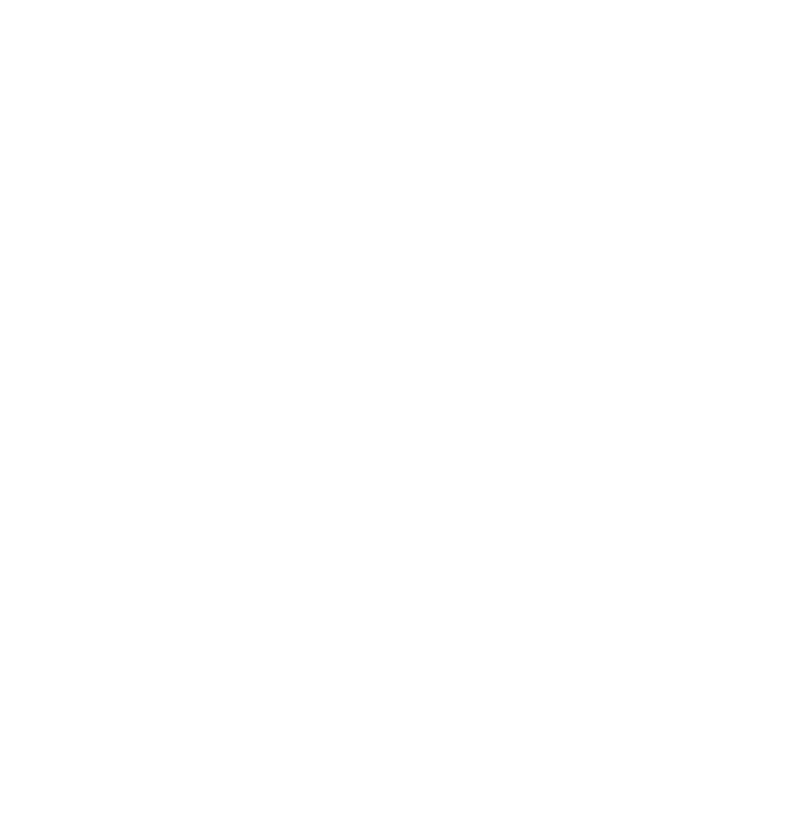
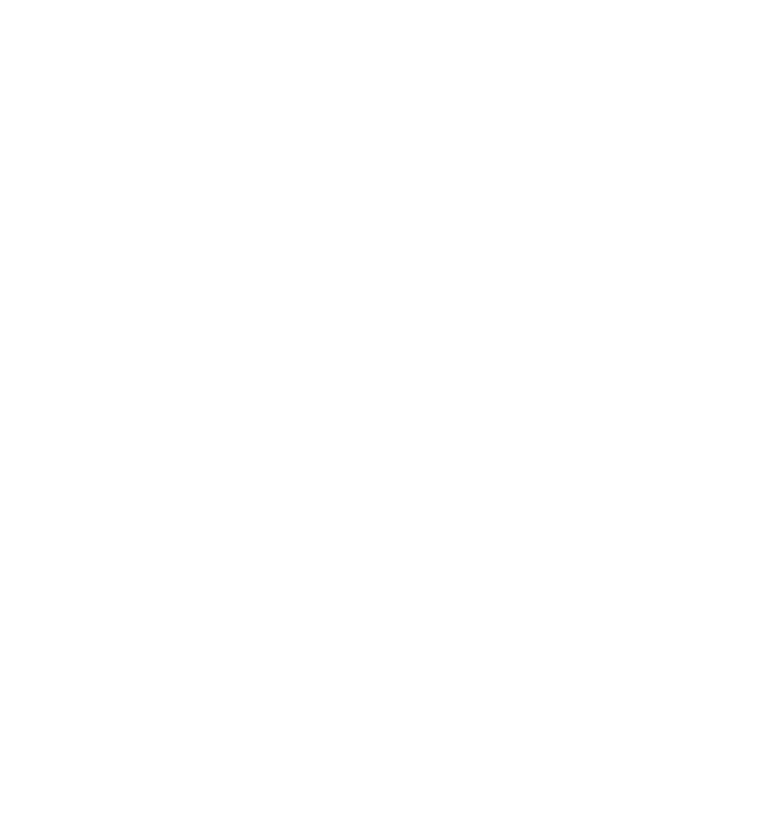
One commit to Qr1mln/PlusPlugin changed the diagram in docs/framework_protocol.md. Above: the diagram before and after it, drawn with Mermaid. The commit also changed other lines of this file, not shown here.

Commit message:
docs: 术语改用 base/platform

````diff
--- a/docs/framework_protocol.md
+++ b/docs/framework_protocol.md
@@ -52,18 +76,18 @@
 ```mermaid
 %%{init: {'look':'handDrawn','theme':'base','themeVariables':{'background':'transparent','lineColor':'#ffffff','textColor':'#ffffff','primaryTextColor':'#ffffff','signalColor':'#ffffff','signalTextColor':'#ffffff','actorTextColor':'#ffffff','actorLineColor':'#ffffff','actorBkg':'transparent','actorBorder':'#ffffff','labelBoxBkgColor':'transparent','labelBoxBorderColor':'#ffffff','labelTextColor':'#ffffff','noteBkgColor':'transparent','noteBorderColor':'#ffffff','noteTextColor':'#ffffff'}}}%%
 sequenceDiagram
-    participant V as version.dll (host)
-    participant F as framework.dll (guest)
+    participant V as version.dll (base)
+    participant F as framework.dll (platform)
 
-    V->>F: LoadLibrary + GetProcAddress("FrameworkEntry")
-    V->>F: FrameworkEntry({cmd:"init", dispatch, user, ini})
+    V->>F: LoadLibrary + GetProcAddress("PlatformEntry")
+    V->>F: PlatformEntry({cmd:"init", dispatch, ctx, ini})
     F-->>V: {ok:true, proto:1}
     Note over F: 启动 worker / WebSocket 线程
-    V->>F: FrameworkEntry({cmd:"geometry"})
+    V->>F: PlatformEntry({cmd:"geometry"})
     F-->>V: {ok:true, ...}
-    F->>V: HostDispatch({cmd:"publishLog", text})
+    F->>V: BaseDispatch({cmd:"publishLog", text})
     V-->>F: {ok:true}
-    V->>F: FrameworkEntry({cmd:"shutdown"})
+    V->>F: PlatformEntry({cmd:"shutdown"})
     F-->>V: {ok:true}
     V->>F: FreeLibrary
 ```
````
